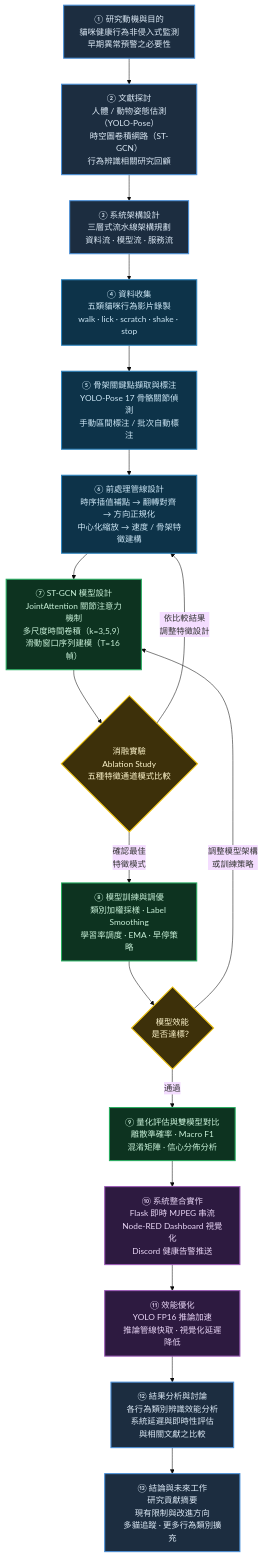
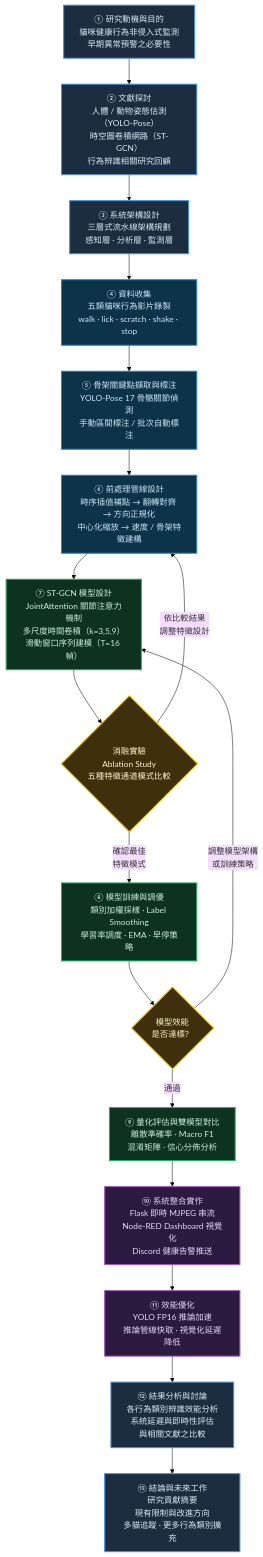
The diagram in paper/docs/0_ARCHITECTURE_DESIGN.md (reqw123/ai_project), drawn with Mermaid (base theme) before and after one commit. The commit also changed other lines of this file and 764 other files, not shown here.

````diff
--- a/paper/docs/0_ARCHITECTURE_DESIGN.md
+++ b/paper/docs/0_ARCHITECTURE_DESIGN.md
@@ -220,46 +220,46 @@
 ```mermaid
 flowchart TD
     classDef chapter  fill:#1c2d40,color:#dce9f5,stroke:#4a90d9,stroke-width:2px
     classDef data     fill:#0d3349,color:#cce6f5,stroke:#2e86c1,stroke-width:2px
     classDef model    fill:#0d3320,color:#c8f0d8,stroke:#27ae60,stroke-width:2px
     classDef system   fill:#2d1a40,color:#e8d5f5,stroke:#9b59b6,stroke-width:2px
     classDef decision fill:#3d300a,color:#fef5cc,stroke:#f1c40f,stroke-width:2px
 
     A["① 研究動機與目的<br/>貓咪健康行為非侵入式監測<br/>早期異常預警之必要性"]:::chapter
 
     B["② 文獻探討<br/>人體 / 動物姿態估測（YOLO-Pose）<br/>時空圖卷積網路（ST-GCN）<br/>行為辨識相關研究回顧"]:::chapter
 
-    C["③ 系統架構設計<br/>三層式流水線架構規劃<br/>資料流 · 模型流 · 服務流"]:::chapter
+    C["③ 系統架構設計<br/>三層式流水線架構規劃<br/>感知層 · 分析層 · 監測層"]:::chapter
 
     D["④ 資料收集<br/>五類貓咪行為影片錄製<br/>walk · lick · scratch · shake · stop"]:::data
 
     E["⑤ 骨架關鍵點擷取與標注<br/>YOLO-Pose 17 骨骼關節偵測<br/>手動區間標注 / 批次自動標注"]:::data
 
     F["⑥ 前處理管線設計<br/>時序插值補點 → 翻轉對齊 → 方向正規化<br/>中心化縮放 → 速度 / 骨架特徵建構"]:::data
 
     G["⑦ ST-GCN 模型設計<br/>JointAttention 關節注意力機制<br/>多尺度時間卷積（k=3,5,9）<br/>滑動窗口序列建模（T=16 幀）"]:::model
 
     H{"消融實驗<br/>Ablation Study<br/>五種特徵通道模式比較"}:::decision
 
     I["⑧ 模型訓練與調優<br/>類別加權採樣 · Label Smoothing<br/>學習率調度 · EMA · 早停策略"]:::model
 
     J{"模型效能<br/>是否達標？"}:::decision
 
     K["⑨ 量化評估與雙模型對比<br/>離散準確率 · Macro F1<br/>混淆矩陣 · 信心分佈分析"]:::model
 
     L["⑩ 系統整合實作<br/>Flask 即時 MJPEG 串流<br/>Node-RED Dashboard 視覺化<br/>Discord 健康告警推送"]:::system
 
     M["⑪ 效能優化<br/>YOLO FP16 推論加速<br/>推論管線快取 · 視覺化延遲降低"]:::system
 
     N["⑫ 結果分析與討論<br/>各行為類別辨識效能分析<br/>系統延遲與即時性評估<br/>與相關文獻之比較"]:::chapter
 
     O["⑬ 結論與未來工作<br/>研究貢獻摘要<br/>現有限制與改進方向<br/>多貓追蹤 · 更多行為類別擴充"]:::chapter
 
     A --> B --> C --> D --> E --> F --> G --> H
     H -->|"依比較結果\n調整特徵設計"| F
     H -->|"確認最佳\n特徵模式"| I
     I --> J
     J -->|"調整模型架構\n或訓練策略"| G
     J -->|"通過"| K
     K --> L --> M --> N --> O
 ```
````
